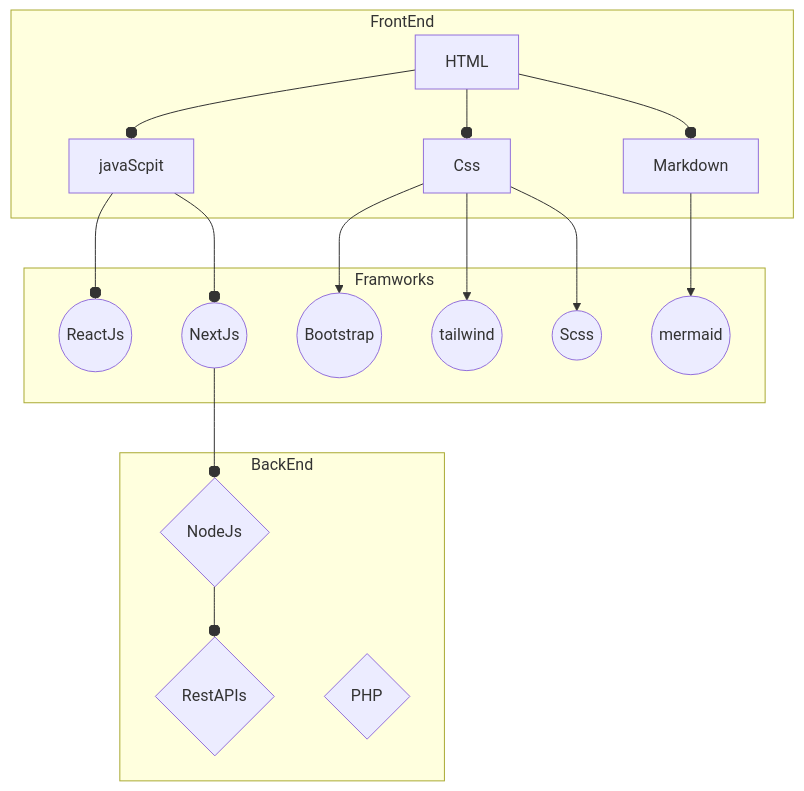
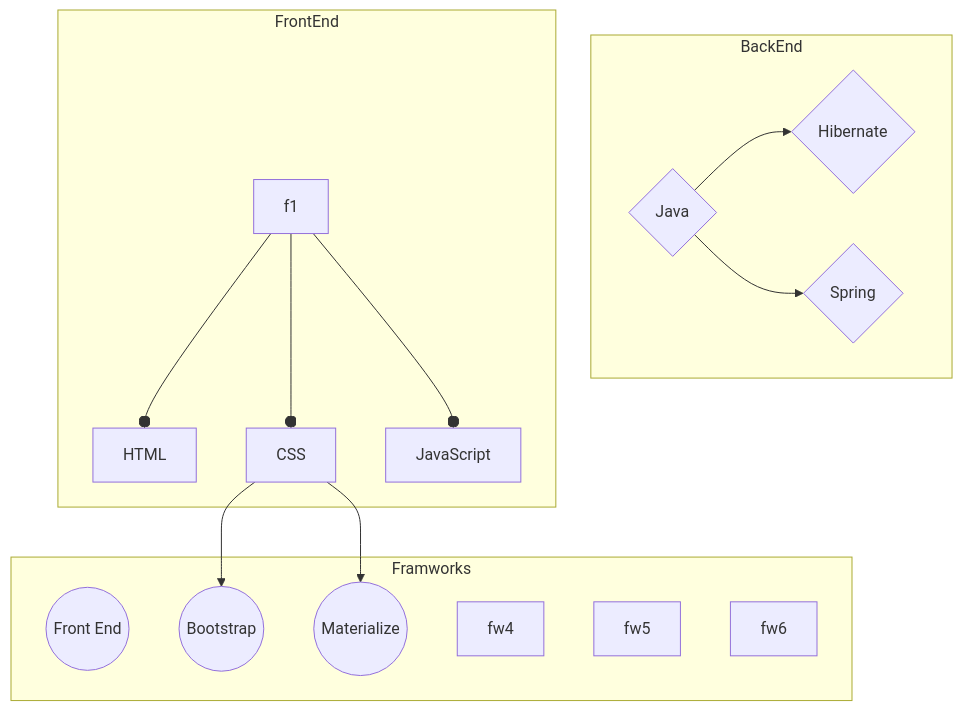
One commit to krtuhin/krtuhin changed the diagram in README.md. Above: the diagram before and after it, drawn with Mermaid.

````diff
--- a/README.md
+++ b/README.md
@@ -104,46 +104,39 @@
 ```mermaid
 flowchart 
-f1[HTML]
-f2[Css]
-f3[javaScpit]
-f4[Markdown]
-fw1((ReactJs))
-fw2((NextJs))
-fw3((Bootstrap))
-fw4((tailwind))
-fw5((Scss))
-fw6((mermaid))
-b1{NodeJs}
-b2{RestAPIs}
-b3{PHP}
+fw1((Front End))
+f2[HTML]
+f3[CSS]
+f4[JavaScript]
+fw2((Bootstrap))
+fw3((Materialize))
+b1{Java}
+b2{Hibernate}
+b3{Spring}
  subgraph  BackEnd
 b1
 b2
 b3
  end  
  subgraph Framworks 
 fw1
 fw2
 fw3
 fw4
 fw5
 fw6
  end
   subgraph  FrontEnd 
  f1
  f2
  f3
  f4
  end  
  f1 --o f2
  f1 --o f3
  f1 --o f4
- f2 --> fw3
- f2 --> fw4
- f2 --> fw5
- f3 --o fw1
- f3 --o fw2
- fw2 --o b1
- f4 --> fw6
- b1 --o b2
+ f3 --> fw2
+ f3 --> fw3
+ 
+ b1 -->b2
+ b1 --> b3
  ```
````
